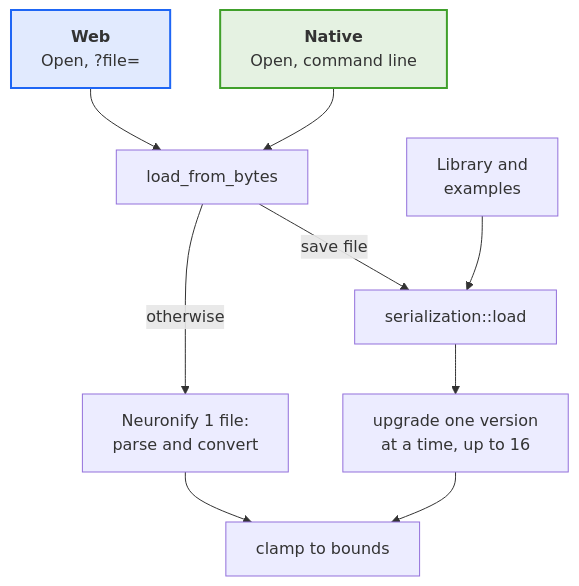
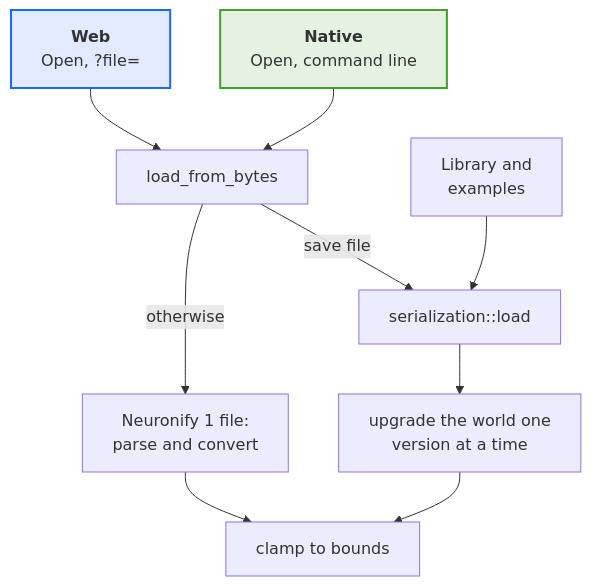
The fifth of 8 diagrams in docs/architecture/current.md (dragly/neuronify), drawn with Mermaid before and after one commit. The commit also changed other lines of this file and 52 other files, not shown here.

````diff
--- a/docs/architecture/current.md
+++ b/docs/architecture/current.md
@@ -229,15 +229,15 @@
 ```mermaid
 flowchart TB
   openNative["<b>Native</b><br/>Open, command line"] --> bytes
   openWeb["<b>Web</b><br/>Open, ?file="] --> bytes
   bytes["load_from_bytes"] -->|"save file"| load["serialization::load"]
   bytes -->|"otherwise"| legacy["Neuronify 1 file:<br/>parse and convert"]
   stored["Library and<br/>examples"] --> load
-  load --> upgrade["upgrade one version<br/>at a time, up to 16"]
+  load --> upgrade["upgrade the world one<br/>version at a time"]
   upgrade --> bound["clamp to bounds"]
   legacy --> bound
   classDef native fill:#40a02b22,stroke:#40a02b,stroke-width:2px
   classDef web fill:#1e66f522,stroke:#1e66f5,stroke-width:2px
   class openNative native
   class openWeb web
 ```
````
